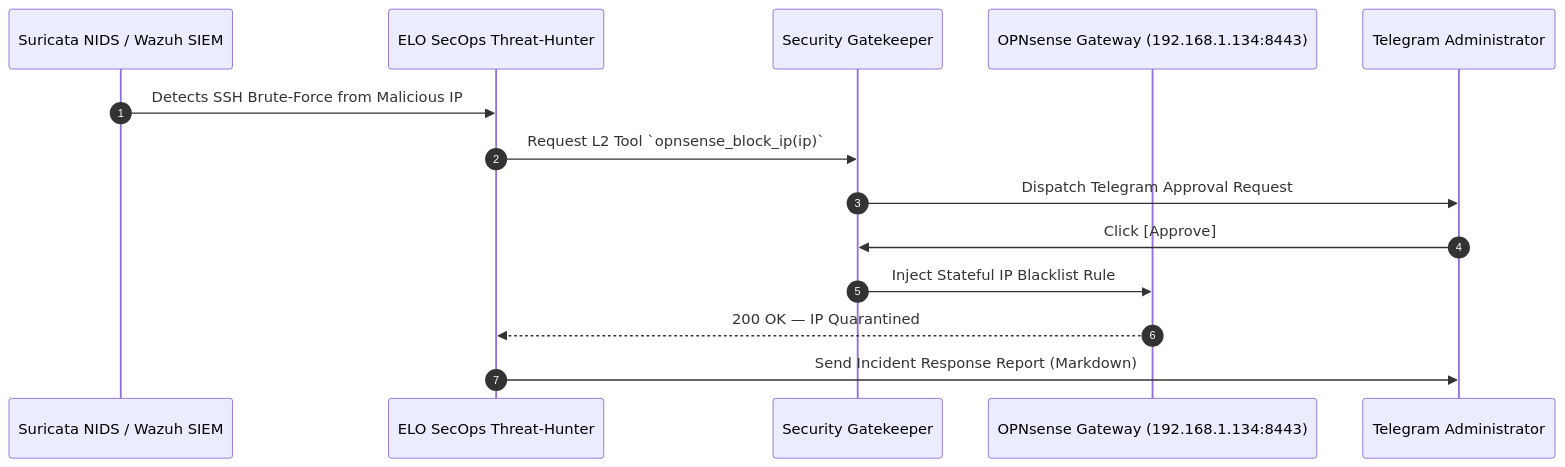
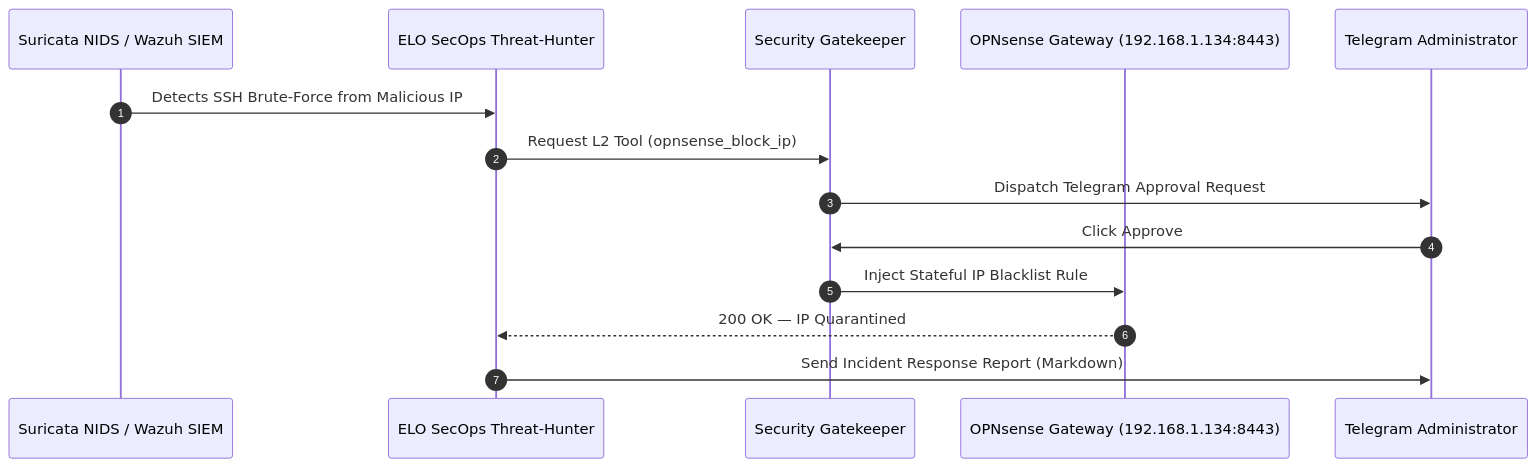
Before and after one commit to stefanutc1/datacenter: the third of 3 diagrams in SECURITY.md, drawn with Mermaid. The commit also changed other lines of this file and 6 other files, not shown here.

First line of the commit message:
fix(docs): repair broken Mermaid diagram syntax across markdown files

````diff
--- a/SECURITY.md
+++ b/SECURITY.md
@@ -136,17 +137,17 @@
 ```mermaid
 sequenceDiagram
     autonumber
     participant Suricata as Suricata NIDS / Wazuh SIEM
     participant SecOps as ELO SecOps Threat-Hunter
     participant Gatekeeper as Security Gatekeeper
     participant OPNsense as OPNsense Gateway (192.168.1.134:8443)
     participant Admin as Telegram Administrator
 
     Suricata->>SecOps: Detects SSH Brute-Force from Malicious IP
-    SecOps->>Gatekeeper: Request L2 Tool `opnsense_block_ip(ip)`
+    SecOps->>Gatekeeper: Request L2 Tool (opnsense_block_ip)
     Gatekeeper->>Admin: Dispatch Telegram Approval Request
-    Admin->>Gatekeeper: Click [Approve]
+    Admin->>Gatekeeper: Click Approve
     Gatekeeper->>OPNsense: Inject Stateful IP Blacklist Rule
     OPNsense-->>SecOps: 200 OK — IP Quarantined
     SecOps->>Admin: Send Incident Response Report (Markdown)
 ```
````
